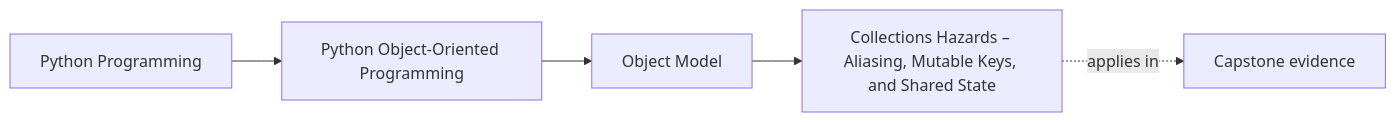
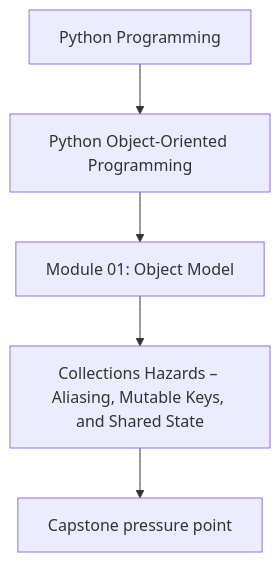
Before and after one commit to bijux/bijux-masterclass: the first of 2 diagrams in programs/python-programming/python-object-oriented-programming/course-book/module-01-object-model/aliasing-mutable-keys-and-shared-state.md, drawn with Mermaid. The commit also changed other lines of this file and 107 other files, not shown here.

Commit message:
docs(python-object-oriented-programming): align concept page diagrams

````diff
--- a/programs/python-programming/python-object-oriented-programming/course-book/module-01-object-model/aliasing-mutable-keys-and-shared-state.md
+++ b/programs/python-programming/python-object-oriented-programming/course-book/module-01-object-model/aliasing-mutable-keys-and-shared-state.md
@@ -7,11 +7,7 @@
 ```mermaid
-graph LR
-  family["Python Programming"]
-  program["Python Object-Oriented Programming"]
-  section["Object Model"]
-  page["Collections Hazards – Aliasing, Mutable Keys, and Shared State"]
-  capstone["Capstone evidence"]
-
-  family --> program --> section --> page
-  page -.applies in.-> capstone
+flowchart TD
+  family["Python Programming"] --> program["Python Object-Oriented Programming"]
+  program --> module["Module 01: Object Model"]
+  module --> concept["Collections Hazards – Aliasing, Mutable Keys, and Shared State"]
+  concept --> capstone["Capstone pressure point"]
 ```
````
